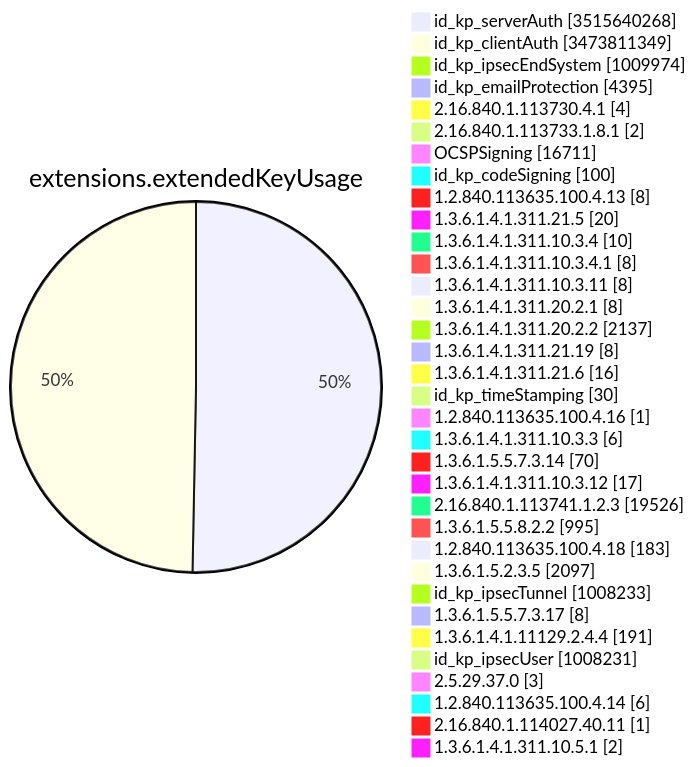
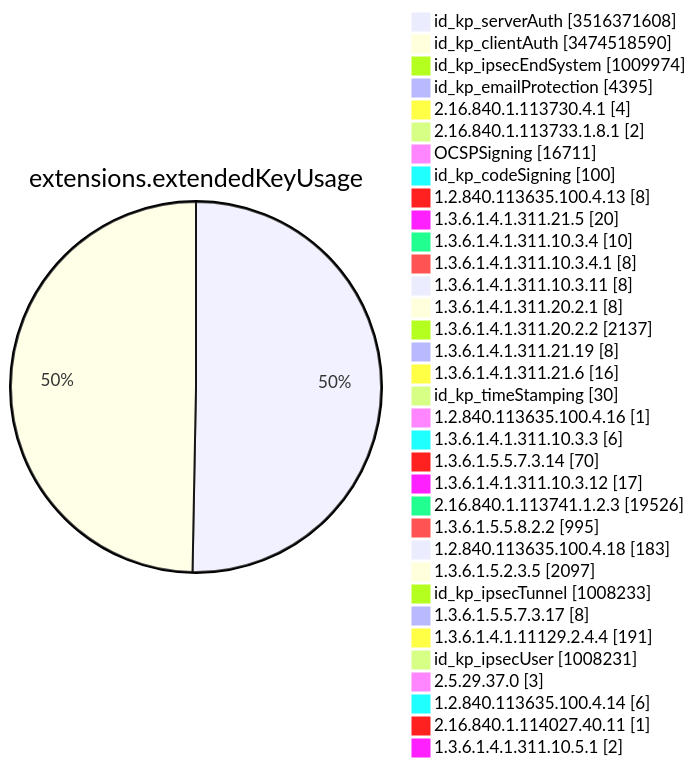
One commit to christiankrug/ctmonitor_visualization changed diagram 11 of 15 in TOTAL/README.md. Above: the diagram before and after it, drawn with Mermaid. The commit also changed other lines of this file, not shown here.

````diff
--- a/TOTAL/README.md
+++ b/TOTAL/README.md
@@ -4126,38 +4126,38 @@
 ```mermaid
 pie showData
 title extensions.extendedKeyUsage
-"id_kp_serverAuth" :3515640268
-"id_kp_clientAuth" :3473811349
+"id_kp_serverAuth" :3516371608
+"id_kp_clientAuth" :3474518590
 "id_kp_ipsecEndSystem" :1009974
 "id_kp_emailProtection" :4395
 "2.16.840.1.113730.4.1" :4
 "2.16.840.1.113733.1.8.1" :2
 "OCSPSigning" :16711
 "id_kp_codeSigning" :100
 "1.2.840.113635.100.4.13" :8
 "1.3.6.1.4.1.311.21.5" :20
 "1.3.6.1.4.1.311.10.3.4" :10
 "1.3.6.1.4.1.311.10.3.4.1" :8
 "1.3.6.1.4.1.311.10.3.11" :8
 "1.3.6.1.4.1.311.20.2.1" :8
 "1.3.6.1.4.1.311.20.2.2" :2137
 "1.3.6.1.4.1.311.21.19" :8
 "1.3.6.1.4.1.311.21.6" :16
 "id_kp_timeStamping" :30
 "1.2.840.113635.100.4.16" :1
 "1.3.6.1.4.1.311.10.3.3" :6
 "1.3.6.1.5.5.7.3.14" :70
 "1.3.6.1.4.1.311.10.3.12" :17
 "2.16.840.1.113741.1.2.3" :19526
 "1.3.6.1.5.5.8.2.2" :995
 "1.2.840.113635.100.4.18" :183
 "1.3.6.1.5.2.3.5" :2097
 "id_kp_ipsecTunnel" :1008233
 "1.3.6.1.5.5.7.3.17" :8
 "1.3.6.1.4.1.11129.2.4.4" :191
 "id_kp_ipsecUser" :1008231
 "2.5.29.37.0" :3
 "1.2.840.113635.100.4.14" :6
 "2.16.840.1.114027.40.11" :1
 "1.3.6.1.4.1.311.10.5.1" :2
 ```
````
